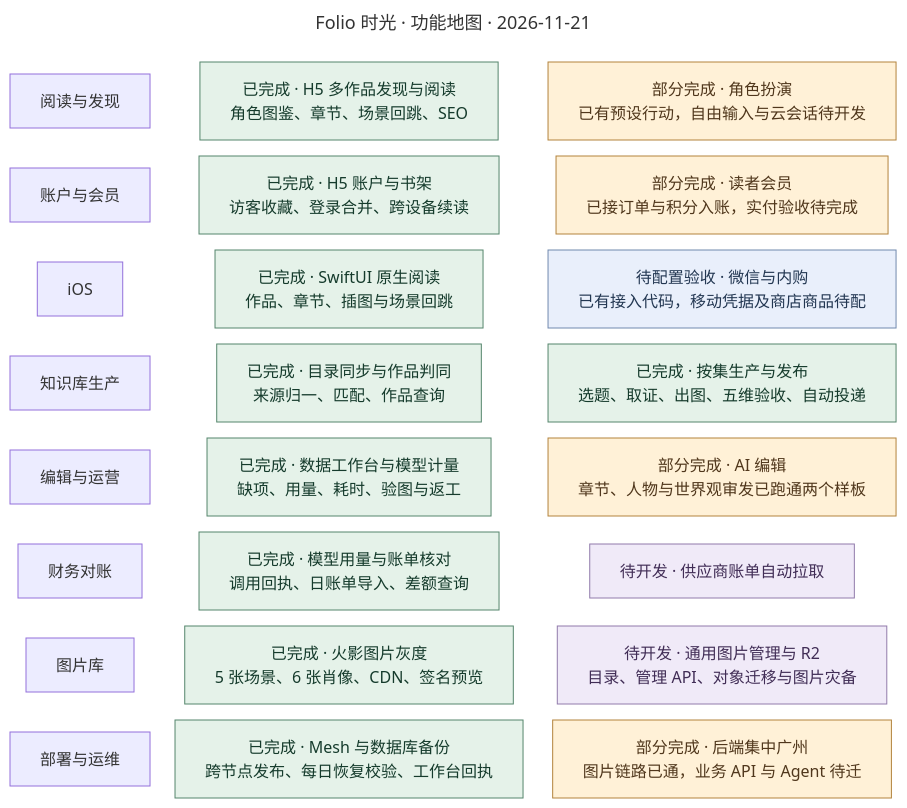
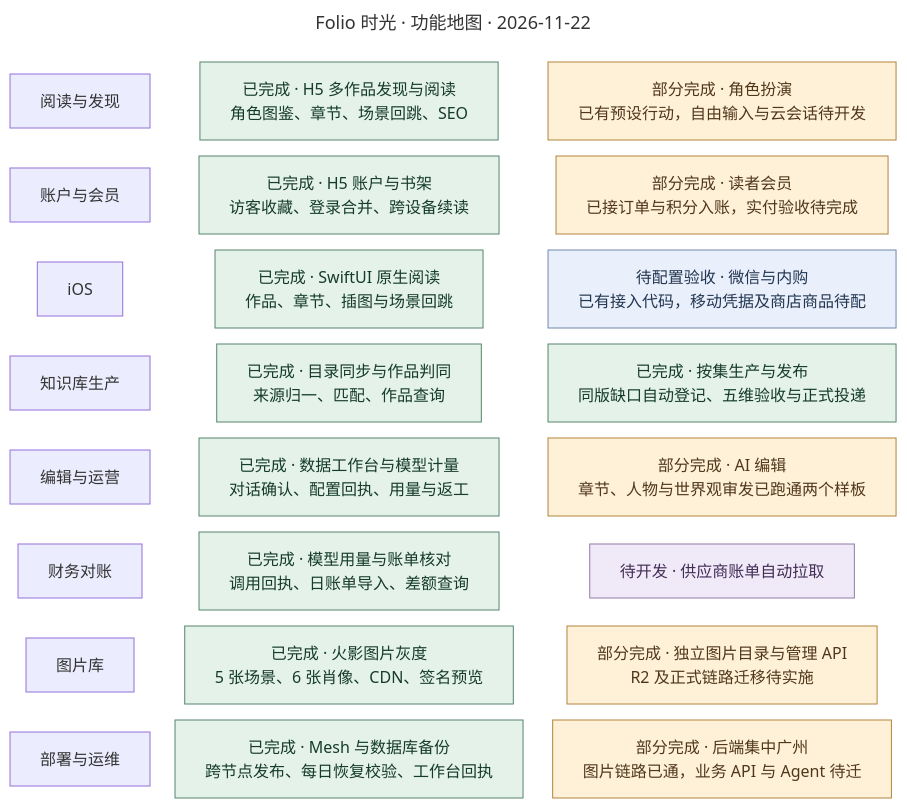
One commit to bluedao10000/player changed the diagram in docs/diagrams/features.mmd. Above: the diagram before and after it, drawn with Mermaid. The commit also changed 22 other files, not shown here.

Commit message:
Update architecture diagrams for episode production and rollout

```diff
--- a/docs/diagrams/features.mmd
+++ b/docs/diagrams/features.mmd
@@ -1,49 +1,49 @@
 ---
-title: Folio 时光 · 功能地图 · 2026-11-21
+title: Folio 时光 · 功能地图 · 2026-11-22
 config:
   flowchart:
     wrappingWidth: 320
     nodeSpacing: 16
     rankSpacing: 25
 ---
 flowchart LR
   read["阅读与发现"] ~~~ library["已完成 · H5 多作品发现与阅读<br/>角色图鉴、章节、场景回跳、SEO"] ~~~ play["部分完成 · 角色扮演<br/>已有预设行动，自由输入与云会话待开发"]
   user["账户与会员"] ~~~ account["已完成 · H5 账户与书架<br/>访客收藏、登录合并、跨设备续读"] ~~~ payment["部分完成 · 读者会员<br/>已接订单与积分入账，实付验收待完成"]
   mobile["iOS"] ~~~ ios["已完成 · SwiftUI 原生阅读<br/>作品、章节、插图与场景回跳"] ~~~ store["待配置验收 · 微信与内购<br/>已有接入代码，移动凭据及商店商品待配"]
-  data["知识库生产"] ~~~ sync["已完成 · 目录同步与作品判同<br/>来源归一、匹配、作品查询"] ~~~ publish["已完成 · 按集生产与发布<br/>选题、取证、出图、五维验收、自动投递"]
-  ops["编辑与运营"] ~~~ desk["已完成 · 数据工作台与模型计量<br/>缺项、用量、耗时、验图与返工"] ~~~ edit["部分完成 · AI 编辑<br/>章节、人物与世界观审发已跑通两个样板"]
+  data["知识库生产"] ~~~ sync["已完成 · 目录同步与作品判同<br/>来源归一、匹配、作品查询"] ~~~ publish["已完成 · 按集生产与发布<br/>同版缺口自动登记、五维验收与正式投递"]
+  ops["编辑与运营"] ~~~ desk["已完成 · 数据工作台与模型计量<br/>对话确认、配置回执、用量与返工"] ~~~ edit["部分完成 · AI 编辑<br/>章节、人物与世界观审发已跑通两个样板"]
   finance["财务对账"] ~~~ ledger["已完成 · 模型用量与账单核对<br/>调用回执、日账单导入、差额查询"] ~~~ bills["待开发 · 供应商账单自动拉取"]
-  media["图片库"] ~~~ pilot["已完成 · 火影图片灰度<br/>5 张场景、6 张肖像、CDN、签名预览"] ~~~ assets["待开发 · 通用图片管理与 R2<br/>目录、管理 API、对象迁移与图片灾备"]
+  media["图片库"] ~~~ pilot["已完成 · 火影图片灰度<br/>5 张场景、6 张肖像、CDN、签名预览"] ~~~ assets["部分完成 · 独立图片目录与管理 API<br/>R2 及正式链路迁移待实施"]
   infra["部署与运维"] ~~~ backup["已完成 · Mesh 与数据库备份<br/>跨节点发布、每日恢复校验、工作台回执"] ~~~ cloud["部分完成 · 后端集中广州<br/>图片链路已通，业务 API 与 Agent 待迁"]
   classDef done fill:#e5f2e9,stroke:#55856c,color:#153b2c
   classDef partial fill:#fff1d7,stroke:#b3833d,color:#50371c
   classDef todo fill:#f0eaf8,stroke:#917bab,color:#412d56
   classDef pending fill:#e9effb,stroke:#7189ae,color:#233752
   class library,account,ios,sync,publish,desk,pilot,backup,ledger done
-  class play,payment,edit,cloud partial
+  class play,payment,edit,cloud,assets partial
   class store pending
-  class assets,bills todo
+  class bills todo
 %% read | 读者从公开作品页进入人物、章节和场景。 | docs/功能地图.md
 %% library | 首页和目录支持多作品，SSR、canonical、JSON-LD 与 sitemap 已通过公网验收。 | docs/架构实现核验.md
 %% play | 原创角色支持预设剧情行动与本地存档。读者自由输入、持久角色状态与跨设备续玩待接入。 | apps/web/src/features/post/roleplay-controls.tsx
 %% user | 涵盖 H5 身份、书架、读者会员。 | docs/读者账户/设计.md
 %% account | 邮箱登录后可合并或跳过本机记录，在新设备恢复到原段落。 | apps/api/internal/handler/knowledge/reader_test.go
 %% payment | Free、Plus、Pro、会员订单与积分入账已有实现。读者会员积分消费入口待开发。 | docs/功能地图.md
 %% mobile | 原生阅读与发行、登录及商店配置分别验收。 | apps/ios/README.md
 %% ios | 模拟器已从正式站进入火影章节并解码 11 张图。角色与场景入口支持回到原段。 | apps/ios/Folio/Reading.swift
 %% store | 微信移动应用凭据、App Store 商品配置与真机支付验收待完成。 | apps/ios/README.md
 %% data | 知识库以 PostgreSQL 保存来源、业务作品和定稿指针。 | docs/knowledge-base.md
 %% sync | 目录按版本同步，规则归并与 AI 辅助判同支持候选审计。 | apps/api/internal/service/knowledge/curation.go
 %% publish | 数据服务按分集配置调度 Pi；通过五维验收后按定稿指纹投递并校验公开路径。 | apps/sync/cmd/reader-release
 %% ops | 内部工作台区分内容审稿与运行观察。 | apps/web/src/routes/workbench.tsx
-%% desk | 跨研究、媒体与发布环节展示用量、缺项和失败记录。 | apps/web/src/features/workbench/feed.ts
+%% desk | 本地对话确认结构化计划差异，并显示配置、模型回执和失败记录。 | apps/web/src/features/workbench/editor-desk.tsx
 %% edit | 两个样板支持一句话修订章节、场景、人物及世界观，手机预览后整项审发。 | docs/功能地图.md
 %% finance | 按供应商、用途和模型追踪实际调用与账务差异。 | docs/模型用量与计费.md
 %% ledger | 已支持导入日账单并按币种核对。 | apps/api/internal/repository/queries/billing/queries.queries
 %% bills | 供应商日账单仍需导入。 | docs/模型用量与计费.md
 %% media | 当前灰度和全站图片库按不同交付范围标记。 | docs/图片库架构.md
 %% pilot | 原 URL 经阿里云网关和 Mesh 到广州 Axum，libvips 预生成手机预览。 | apps/sync/ops/image-import/README.md
-%% assets | 规划包括目录元数据、上传删除 API、S3/R2 存储切换与图片异机恢复。 | docs/图片库架构.md
+%% assets | 独立实例已有目录、上传、变换和私有签名。R2 与正式站切换仍待实施。 | apps/image/README.md
 %% infra | 四个 Mesh 节点分别承担公网入口、制作、媒体与备份。 | docs/部署架构.md
 %% backup | 每日广州数据库快照在 K3s 恢复并逐表核对，内部面板保留成功回执、大小、耗时和失败原因。 | deploy/pg-backup/README.md
 %% cloud | 目标为阿里云前端和网关、广州业务与 Pi、硅谷轻量模型出口。已完成的网关读图限定火影试点。 | docs/部署架构.md
```
